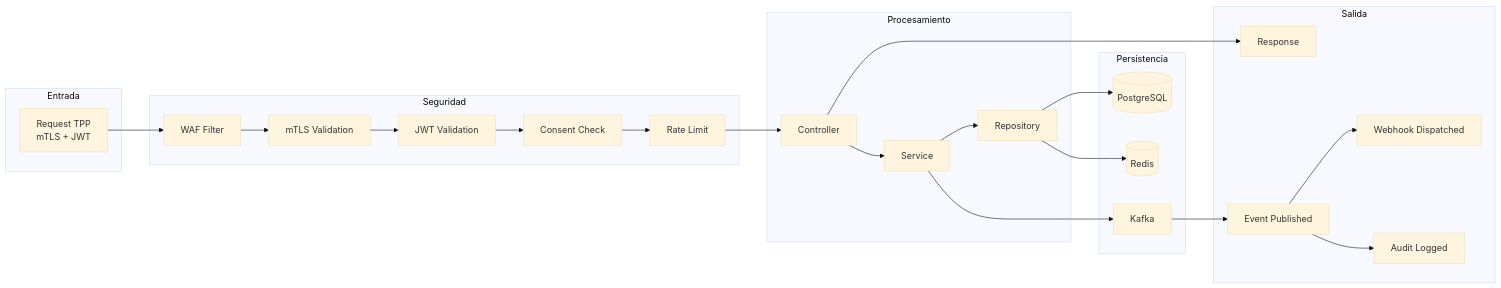
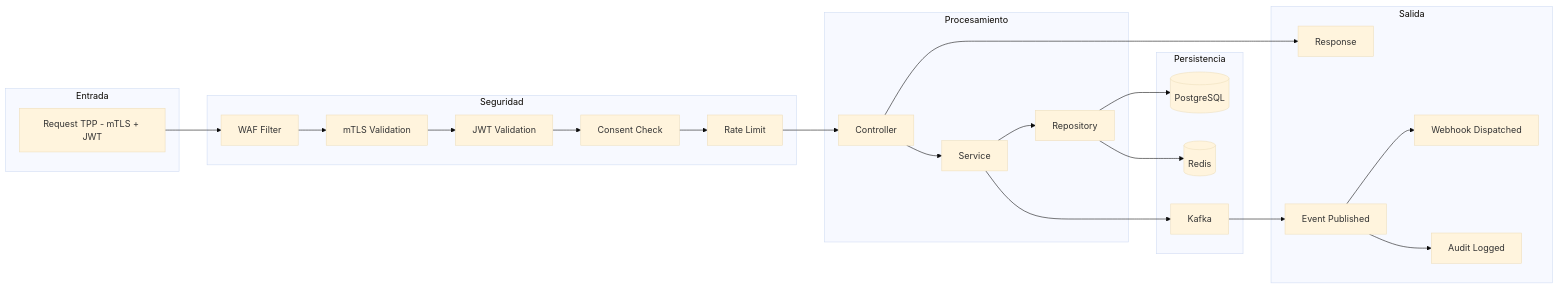
One commit to somospragma/integration-consent-manager changed the fourth of 6 diagrams in docs/architecture/architecture.md. Above: the diagram before and after it, drawn with Mermaid (base theme). The commit also changed other lines of this file and 9 other files, not shown here.

Commit message:
fix: corregir diagramas Mermaid - quitar paréntesis y \n incompatibles con GitHub

````diff
--- a/docs/architecture/architecture.md
+++ b/docs/architecture/architecture.md
@@ -202,43 +202,43 @@
 ```mermaid
 flowchart LR
     subgraph "Entrada"
-        REQ[Request TPP\nmTLS + JWT]
+        REQ[Request TPP - mTLS + JWT]
     end
 
     subgraph "Seguridad"
         WAF_F[WAF Filter]
         MTLS_F[mTLS Validation]
         JWT_F[JWT Validation]
         CONSENT_F[Consent Check]
         RATE_F[Rate Limit]
     end
 
     subgraph "Procesamiento"
         CTRL[Controller]
         SVC[Service]
         REPO[Repository]
     end
 
     subgraph "Persistencia"
         DB[(PostgreSQL)]
         CACHE[(Redis)]
         QUEUE[Kafka]
     end
 
     subgraph "Salida"
         RES[Response]
         EVENT[Event Published]
         WEBHOOK[Webhook Dispatched]
         LOG[Audit Logged]
     end
 
     REQ --> WAF_F --> MTLS_F --> JWT_F --> CONSENT_F --> RATE_F --> CTRL
     CTRL --> SVC --> REPO
     REPO --> DB
     REPO --> CACHE
     SVC --> QUEUE
     CTRL --> RES
     QUEUE --> EVENT
     EVENT --> WEBHOOK
     EVENT --> LOG
 ```
````
